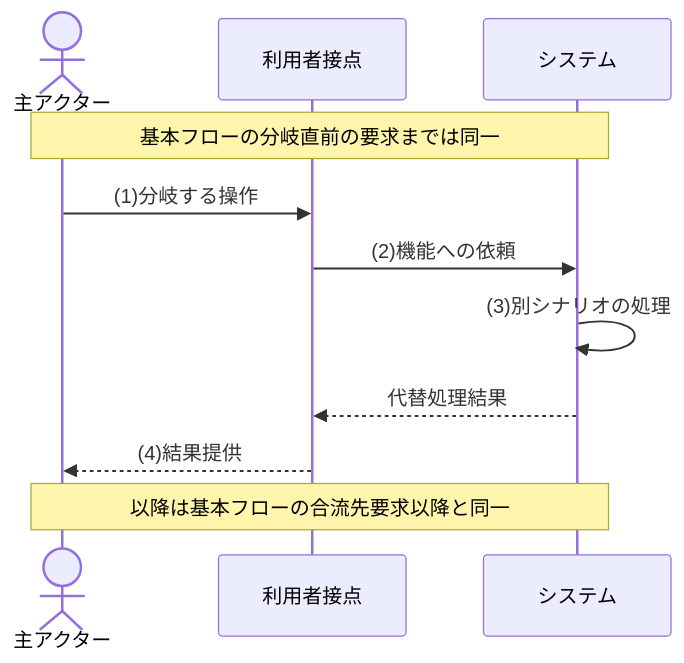
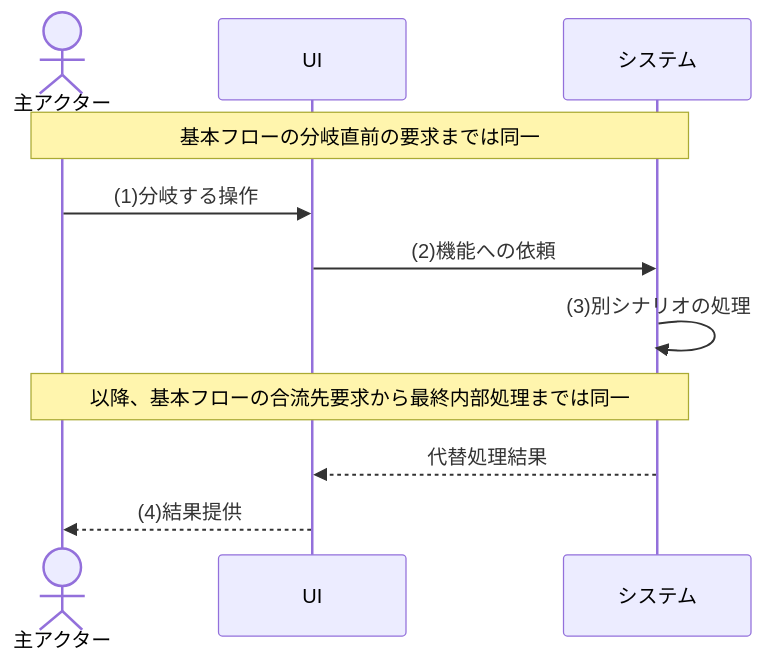
One commit to sikakou54/system-document-template changed the second of 4 diagrams in テンプレート/02_機能要件.md. Above: the diagram before and after it, drawn with Mermaid. The commit also changed other lines of this file and 7 other files, not shown here.

Commit message:
機能要件テンプレートとシーケンス図を厳格化

````diff
--- a/テンプレート/02_機能要件.md
+++ b/テンプレート/02_機能要件.md
@@ -236,13 +314,13 @@
 ```mermaid
 sequenceDiagram
     actor U as 主アクター
-    participant SCR as 利用者接点
+    participant UI as UI
     participant FUNC as システム
     Note over U,FUNC: 基本フローの分岐直前の要求までは同一
-    U->>SCR: (1)分岐する操作
-    SCR->>FUNC: (2)機能への依頼
+    U->>UI: (1)分岐する操作
+    UI->>FUNC: (2)機能への依頼
     FUNC->>FUNC: (3)別シナリオの処理
-    FUNC-->>SCR: 代替処理結果
-    SCR-->>U: (4)結果提供
-    Note over U,FUNC: 以降は基本フローの合流先要求以降と同一
+    Note over U,FUNC: 以降、基本フローの合流先要求から最終内部処理までは同一
+    FUNC-->>UI: 代替処理結果
+    UI-->>U: (4)結果提供
 ```
````
